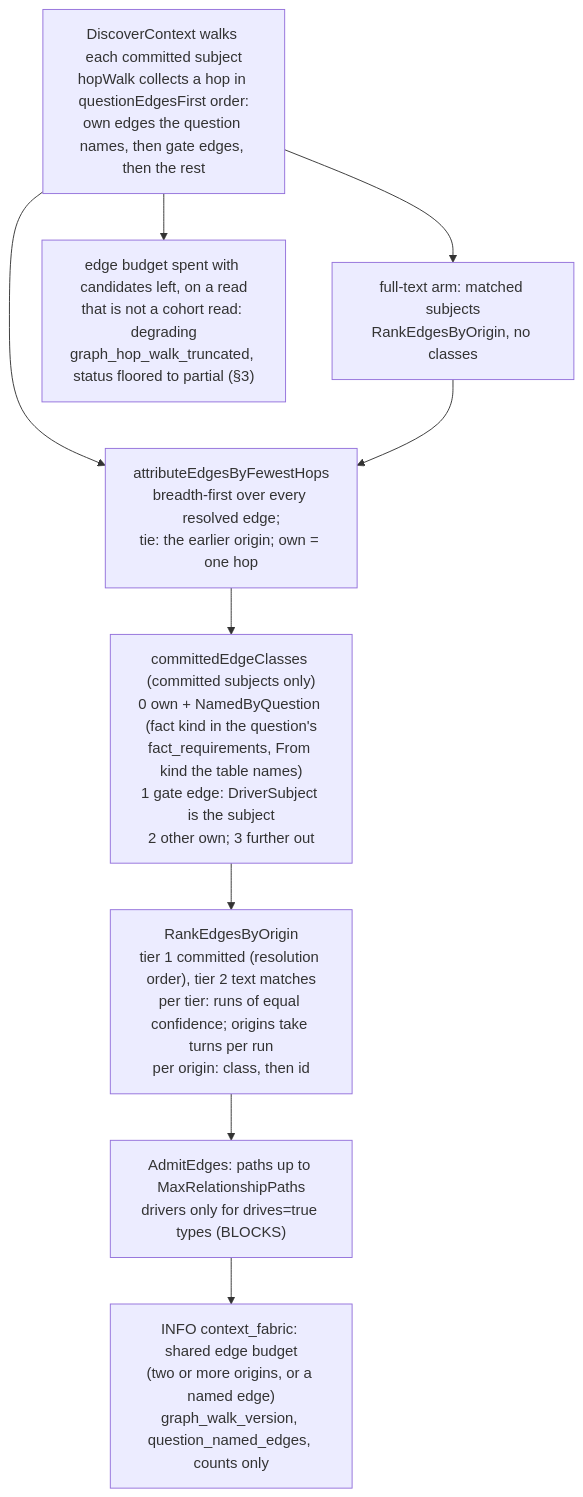
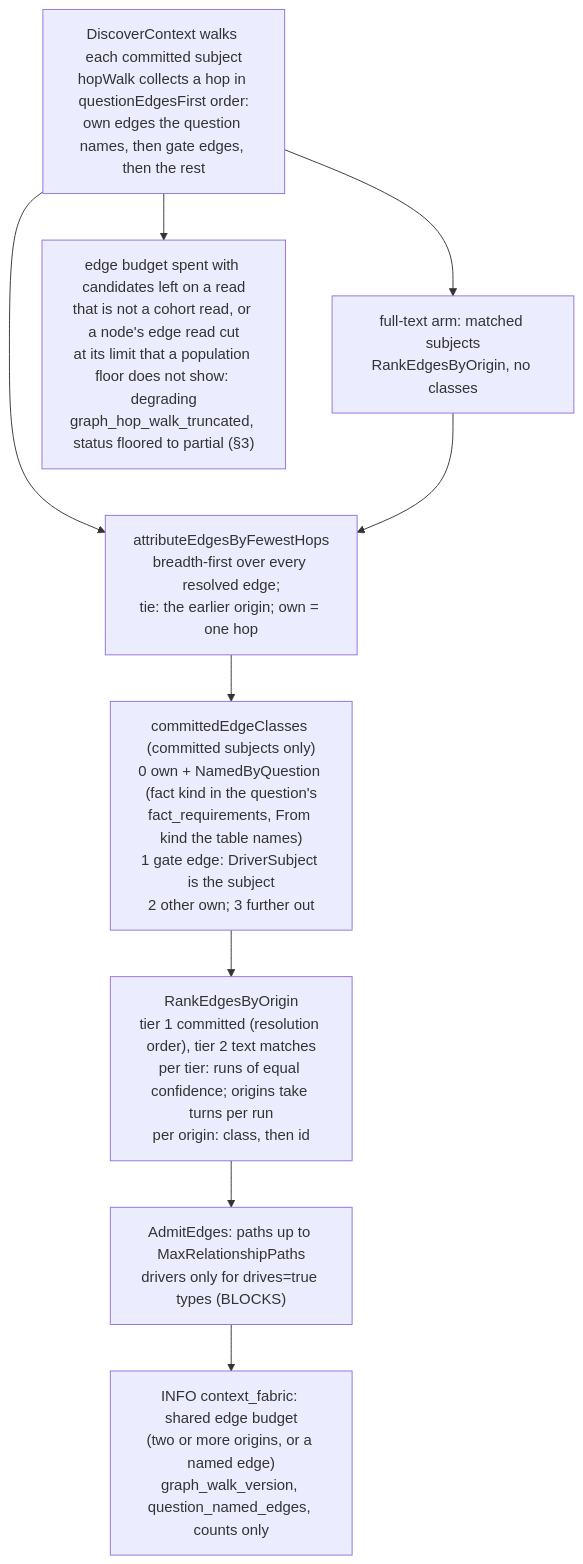
Before and after one commit to full-chaos/dev-health-acr: diagram 25 of 37 in docs/design/context-fabric-architecture-diagrams.md, drawn with Mermaid. The commit also changed other lines of this file and 19 other files, not shown here.

````diff
--- a/docs/design/context-fabric-architecture-diagrams.md
+++ b/docs/design/context-fabric-architecture-diagrams.md
@@ -3374,11 +3385,11 @@
 ```mermaid
 flowchart TD
   WALK["DiscoverContext walks each committed subject<br/>hopWalk collects a hop in questionEdgesFirst order:<br/>own edges the question names, then gate edges, then the rest"] --> TEXT["full-text arm: matched subjects<br/>RankEdgesByOrigin, no classes"]
   WALK --> ATTR["attributeEdgesByFewestHops<br/>breadth-first over every resolved edge;<br/>tie: the earlier origin; own = one hop"]
-  WALK --> CUT["edge budget spent with candidates left, on a read<br/>that is not a cohort read: degrading<br/>graph_hop_walk_truncated, status floored to partial (§3)"]
+  WALK --> CUT["edge budget spent with candidates left on a read<br/>that is not a cohort read, or a node's edge read cut<br/>at its limit that a population floor does not show: degrading<br/>graph_hop_walk_truncated, status floored to partial (§3)"]
   TEXT --> ATTR
   ATTR --> CLASS["committedEdgeClasses (committed subjects only)<br/>0 own + NamedByQuestion (fact kind in the question's<br/>fact_requirements, From kind the table names)<br/>1 gate edge: DriverSubject is the subject<br/>2 other own; 3 further out"]
   CLASS --> RANK["RankEdgesByOrigin<br/>tier 1 committed (resolution order), tier 2 text matches<br/>per tier: runs of equal confidence; origins take turns per run<br/>per origin: class, then id"]
   RANK --> ADMIT["AdmitEdges: paths up to MaxRelationshipPaths<br/>drivers only for drives=true types (BLOCKS)"]
   ADMIT --> LOG["INFO context_fabric: shared edge budget<br/>(two or more origins, or a named edge)<br/>graph_walk_version, question_named_edges, counts only"]
 ```
````
